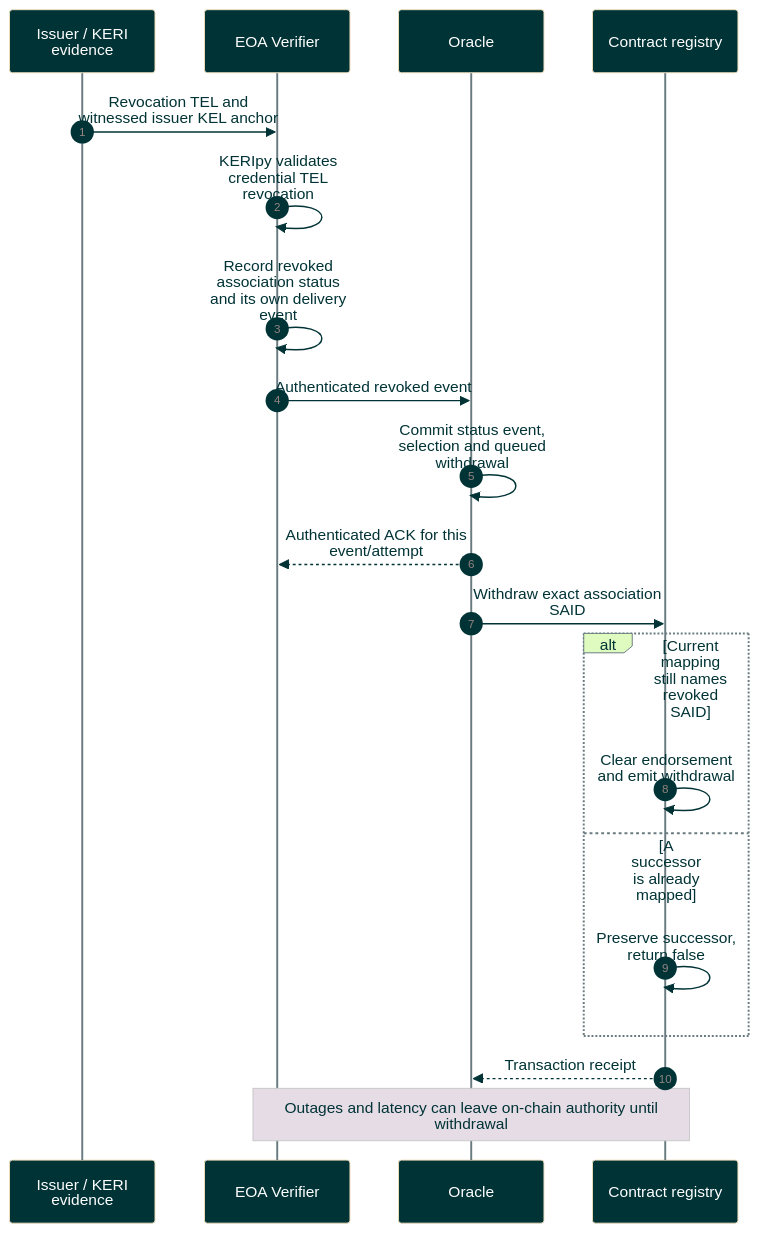
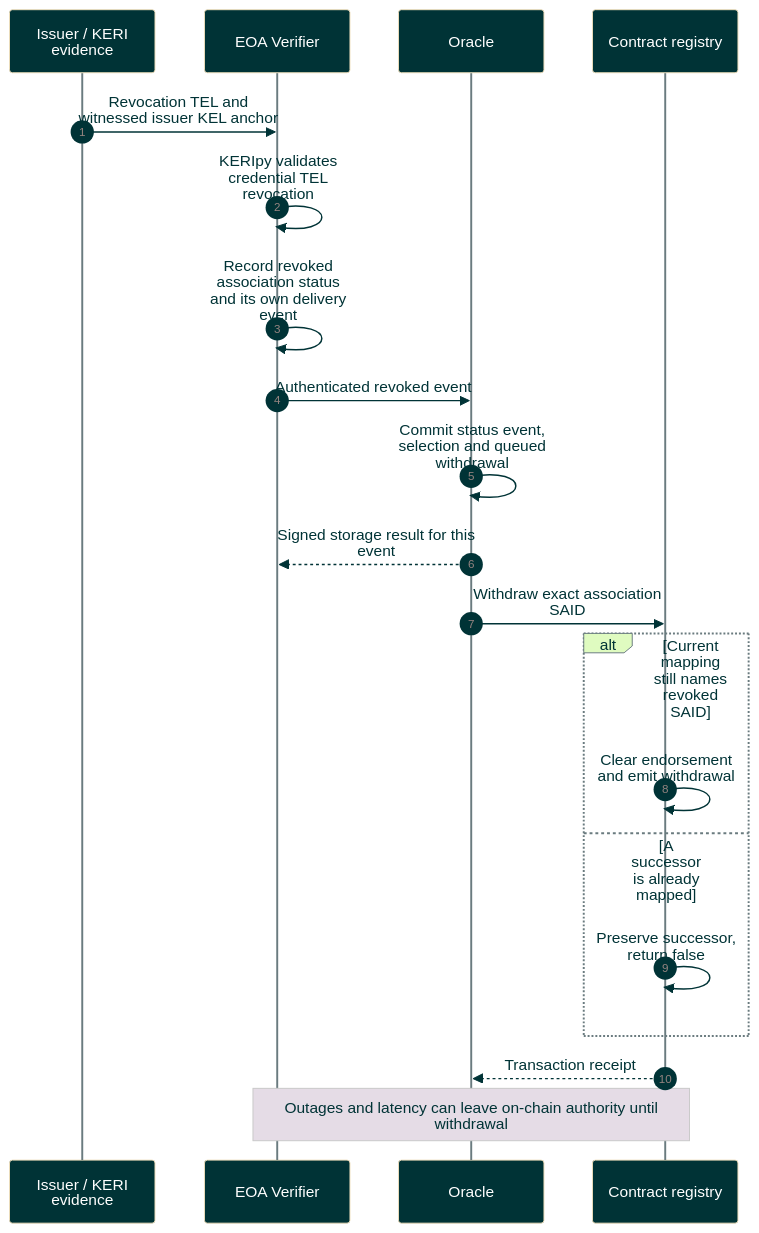
The diagram in docs/diagrams/sequence/revocation-status-sequence.md (GLEIF-IT/vlei-oracle), drawn with Mermaid before and after one commit. The commit also changed 21 other files, not shown here.

````diff
--- a/docs/diagrams/sequence/revocation-status-sequence.md
+++ b/docs/diagrams/sequence/revocation-status-sequence.md
@@ -10,23 +10,23 @@
 ```mermaid
 %%{init: {"theme":"base","themeVariables":{"actorBkg":"#003336","actorTextColor":"#FFFFFF","signalColor":"#003336","signalTextColor":"#003336","noteBkgColor":"#E5DCE6","noteTextColor":"#003336","loopTextColor":"#003336","labelTextColor":"#003336","labelBoxBkgColor":"#DFFBC0","labelBoxBorderColor":"#6A7B7F","actorLineColor":"#6A7B7F","lineColor":"#6A7B7F"},"sequence":{"mirrorActors":true,"wrap":true}}}%%
 sequenceDiagram
     autonumber
     participant E as Issuer / KERI evidence
     participant V as EOA Verifier
     participant O as Oracle
     participant C as Contract registry
     E->>V: Revocation TEL and witnessed issuer KEL anchor
     V->>V: KERIpy validates credential TEL revocation
     V->>V: Record revoked association status and its own delivery event
     V->>O: Authenticated revoked event
     O->>O: Commit status event, selection and queued withdrawal
-    O-->>V: Authenticated ACK for this event/attempt
+    O-->>V: Signed storage result for this event
     O->>C: Withdraw exact association SAID
     alt Current mapping still names revoked SAID
         C->>C: Clear endorsement and emit withdrawal
     else A successor is already mapped
         C->>C: Preserve successor, return false
     end
     C-->>O: Transaction receipt
     Note over V,C: Outages and latency can leave on-chain authority until withdrawal
 ```
````
